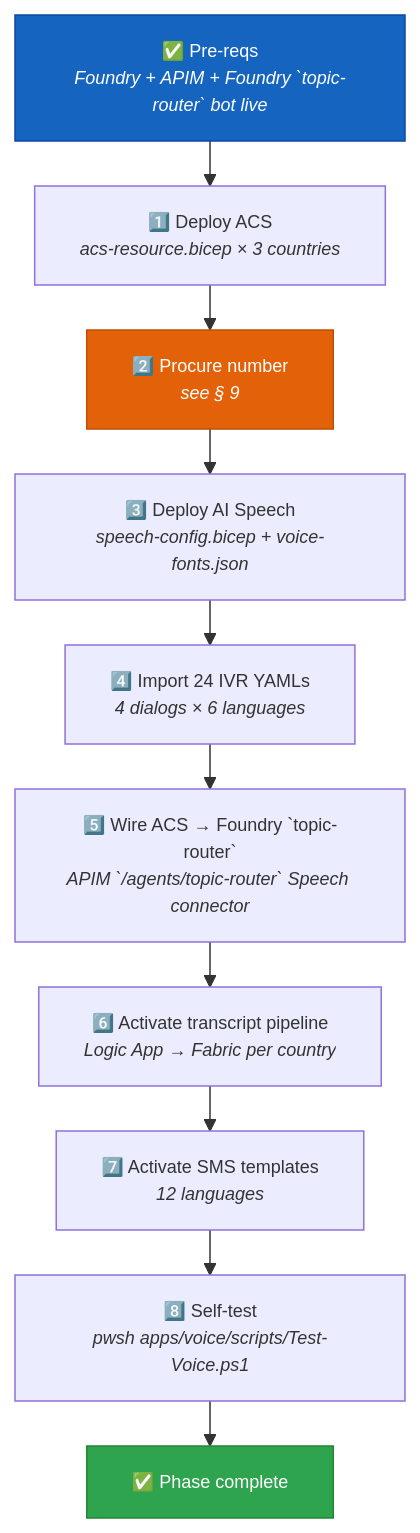
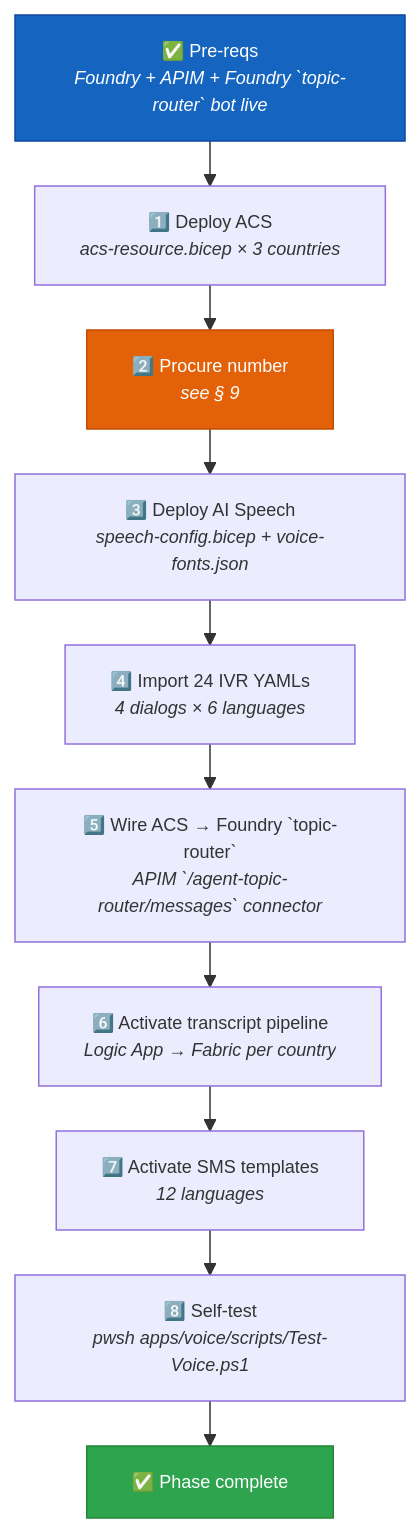
One commit to fredgis/UDCSP changed the fifth of 6 diagrams in docs/biz/voice.md. Above: the diagram before and after it, drawn with Mermaid. The commit also changed other lines of this file and 37 other files, not shown here.

````diff
--- a/docs/biz/voice.md
+++ b/docs/biz/voice.md
@@ -451,20 +459,20 @@
 ```mermaid
 %%{ init: { 'flowchart': { 'nodeSpacing': 25, 'rankSpacing': 30 }, 'themeVariables': { 'fontSize': '12px' } } }%%
 flowchart TB
     P0["✅ Pre-reqs<br/><i>Foundry + APIM + Foundry `topic-router` bot live</i>"]
     P1["1️⃣ Deploy ACS<br/><i>acs-resource.bicep × 3 countries</i>"]
     P2["2️⃣ Procure number<br/><i>see § 9</i>"]
     P3["3️⃣ Deploy AI Speech<br/><i>speech-config.bicep + voice-fonts.json</i>"]
     P4["4️⃣ Import 24 IVR YAMLs<br/><i>4 dialogs × 6 languages</i>"]
-    P5["5️⃣ Wire ACS → Foundry `topic-router`<br/><i>APIM `/agents/topic-router` Speech connector</i>"]
+    P5["5️⃣ Wire ACS → Foundry `topic-router`<br/><i>APIM `/agent-topic-router/messages` connector</i>"]
     P6["6️⃣ Activate transcript pipeline<br/><i>Logic App → Fabric per country</i>"]
     P7["7️⃣ Activate SMS templates<br/><i>12 languages</i>"]
     P8["8️⃣ Self-test<br/><i>pwsh apps/voice/scripts/Test-Voice.ps1</i>"]
     P9["✅ Phase complete"]
 
     P0 --> P1 --> P2 --> P3 --> P4 --> P5 --> P6 --> P7 --> P8 --> P9
 
     style P0 fill:#1565c0,stroke:#0d47a1,color:#fff
     style P9 fill:#2ea44f,stroke:#238636,color:#fff
     style P2 fill:#e36209,stroke:#c24e00,color:#fff
 ```
````
